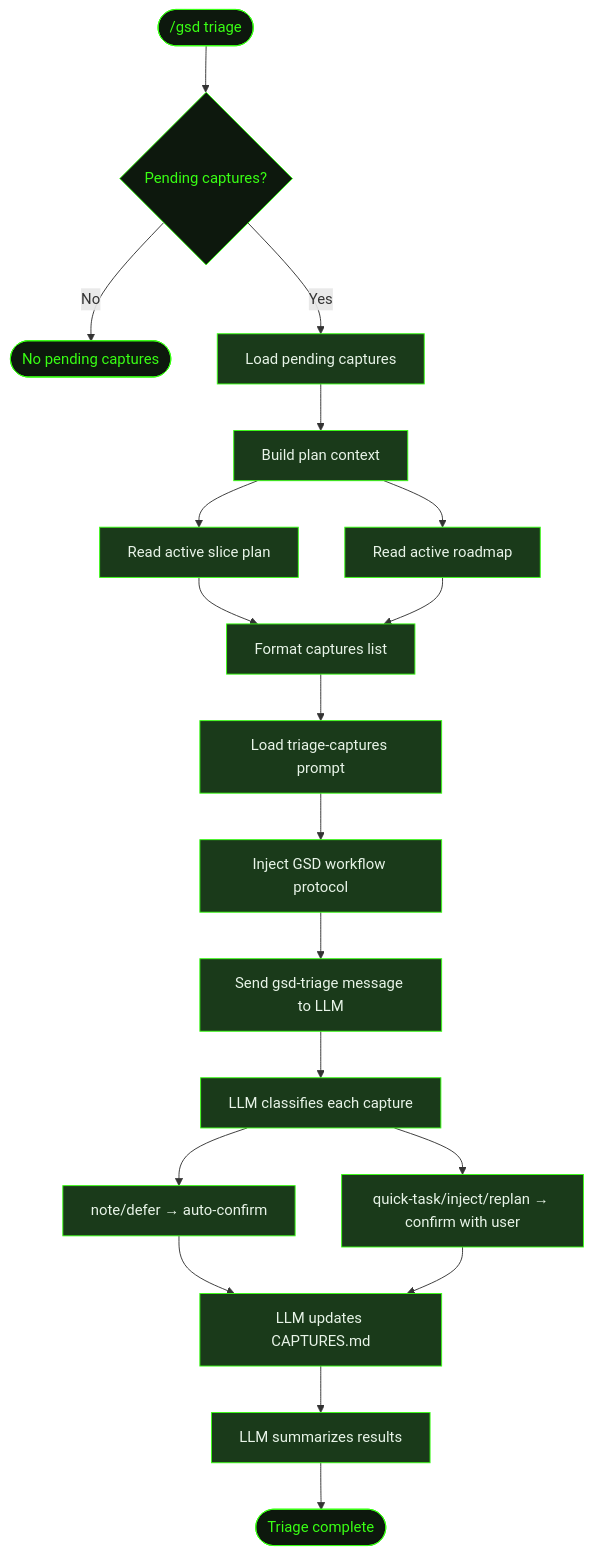
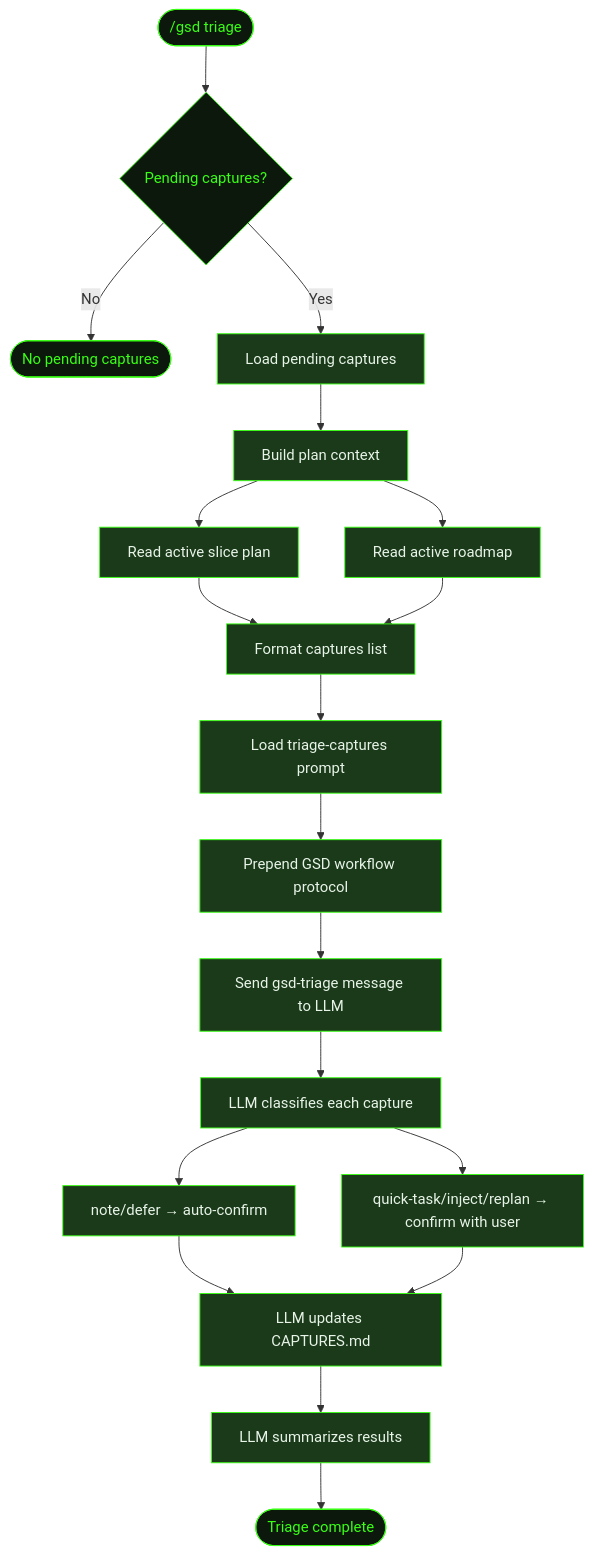
Before and after one commit to shusha-group/gsd2-guide: the diagram in src/content/docs/commands/triage.mdx, drawn with Mermaid. The commit also changed other lines of this file and 33 other files, not shown here.

````diff
--- a/src/content/docs/commands/triage.mdx
+++ b/src/content/docs/commands/triage.mdx
@@ -24,39 +24,39 @@
 ```mermaid
 flowchart TD
     Start(["/gsd triage"]) --> Check{Pending captures?}
     Check -->|No| None([No pending captures])
     Check -->|Yes| Load[Load pending captures]
     Load --> Context[Build plan context]
     Context --> SlicePlan[Read active slice plan]
     Context --> Roadmap[Read active roadmap]
     SlicePlan --> Format[Format captures list]
     Roadmap --> Format
     Format --> Prompt[Load triage-captures prompt]
-    Prompt --> Inject[Inject GSD workflow protocol]
-    Inject --> Dispatch[Send gsd-triage message to LLM]
+    Prompt --> Workflow[Prepend GSD workflow protocol]
+    Workflow --> Dispatch[Send gsd-triage message to LLM]
     Dispatch --> Classify[LLM classifies each capture]
     Classify --> AutoConfirm[note/defer → auto-confirm]
     Classify --> UserConfirm[quick-task/inject/replan → confirm with user]
     AutoConfirm --> Write[LLM updates CAPTURES.md]
     UserConfirm --> Write
     Write --> Summary[LLM summarizes results]
     Summary --> Done([Triage complete])
 
     style Start fill:#0d180d,stroke:#39ff14,color:#39ff14
     style Check fill:#0d180d,stroke:#39ff14,color:#39ff14
     style None fill:#0d180d,stroke:#39ff14,color:#39ff14
     style Done fill:#0d180d,stroke:#39ff14,color:#39ff14
     style Load fill:#1a3a1a,stroke:#39ff14,color:#e8f4e8
     style Context fill:#1a3a1a,stroke:#39ff14,color:#e8f4e8
     style SlicePlan fill:#1a3a1a,stroke:#39ff14,color:#e8f4e8
     style Roadmap fill:#1a3a1a,stroke:#39ff14,color:#e8f4e8
     style Format fill:#1a3a1a,stroke:#39ff14,color:#e8f4e8
     style Prompt fill:#1a3a1a,stroke:#39ff14,color:#e8f4e8
-    style Inject fill:#1a3a1a,stroke:#39ff14,color:#e8f4e8
+    style Workflow fill:#1a3a1a,stroke:#39ff14,color:#e8f4e8
     style Dispatch fill:#1a3a1a,stroke:#39ff14,color:#e8f4e8
     style Classify fill:#1a3a1a,stroke:#39ff14,color:#e8f4e8
     style AutoConfirm fill:#1a3a1a,stroke:#39ff14,color:#e8f4e8
     style UserConfirm fill:#1a3a1a,stroke:#39ff14,color:#e8f4e8
     style Write fill:#1a3a1a,stroke:#39ff14,color:#e8f4e8
     style Summary fill:#1a3a1a,stroke:#39ff14,color:#e8f4e8
 ```
````
